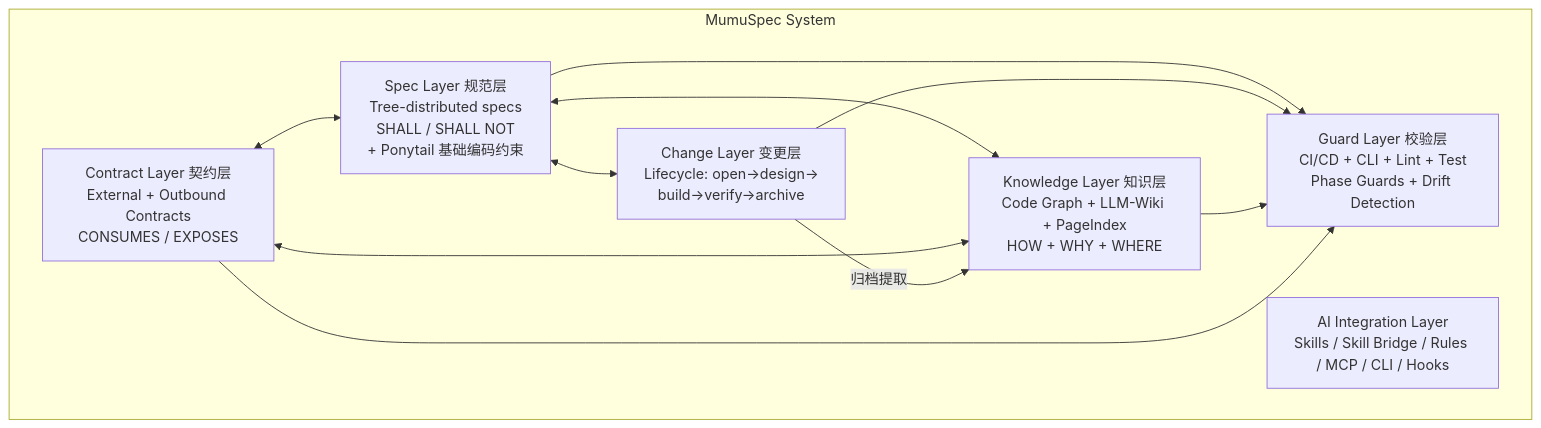
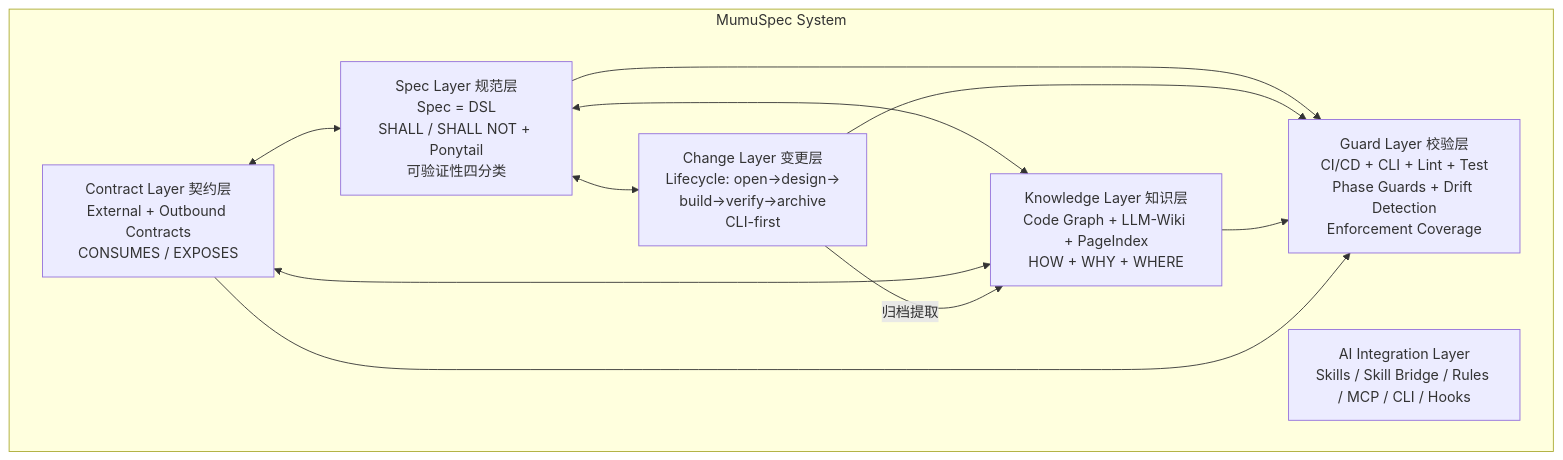
Before and after one commit to luckyMUMU/mumuspec: the first of 2 diagrams in docs/overview.md, drawn with Mermaid. The commit also changed other lines of this file and 151 other files, not shown here.

````diff
--- a/docs/overview.md
+++ b/docs/overview.md
@@ -161,24 +158,24 @@
 ```mermaid
 graph TB
     subgraph System["MumuSpec System"]
-        SL["Spec Layer 规范层<br/>Tree-distributed specs<br/>SHALL / SHALL NOT<br/>+ Ponytail 基础编码约束"]
-        CL["Change Layer 变更层<br/>Lifecycle: open→design→<br/>build→verify→archive"]
+        SL["Spec Layer 规范层<br/>Spec = DSL<br/>SHALL / SHALL NOT + Ponytail<br/>可验证性四分类"]
+        CL["Change Layer 变更层<br/>Lifecycle: open→design→<br/>build→verify→archive<br/>CLI-first"]
         CTL["Contract Layer 契约层<br/>External + Outbound Contracts<br/>CONSUMES / EXPOSES"]
         KL["Knowledge Layer 知识层<br/>Code Graph + LLM-Wiki + PageIndex<br/>HOW + WHY + WHERE"]
 
         SL <--> CL
         SL <--> KL
         CTL <--> SL
         CTL <--> KL
         CL -->|归档提取| KL
 
-        GL["Guard Layer 校验层<br/>CI/CD + CLI + Lint + Test<br/>Phase Guards + Drift Detection"]
+        GL["Guard Layer 校验层<br/>CI/CD + CLI + Lint + Test<br/>Phase Guards + Drift Detection<br/>Enforcement Coverage"]
 
         SL --> GL
         CL --> GL
         KL --> GL
         CTL --> GL
 
         AIL["AI Integration Layer<br/>Skills / Skill Bridge / Rules / MCP / CLI / Hooks"]
     end
 ```
````
